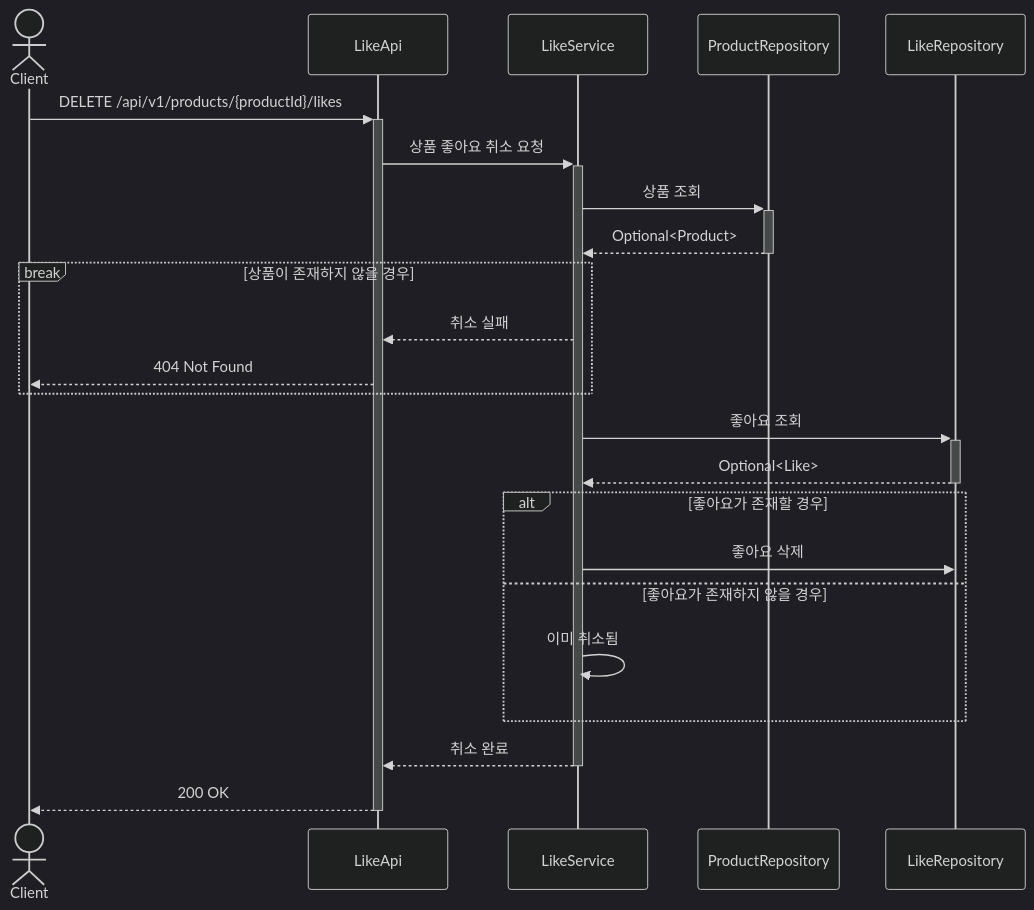
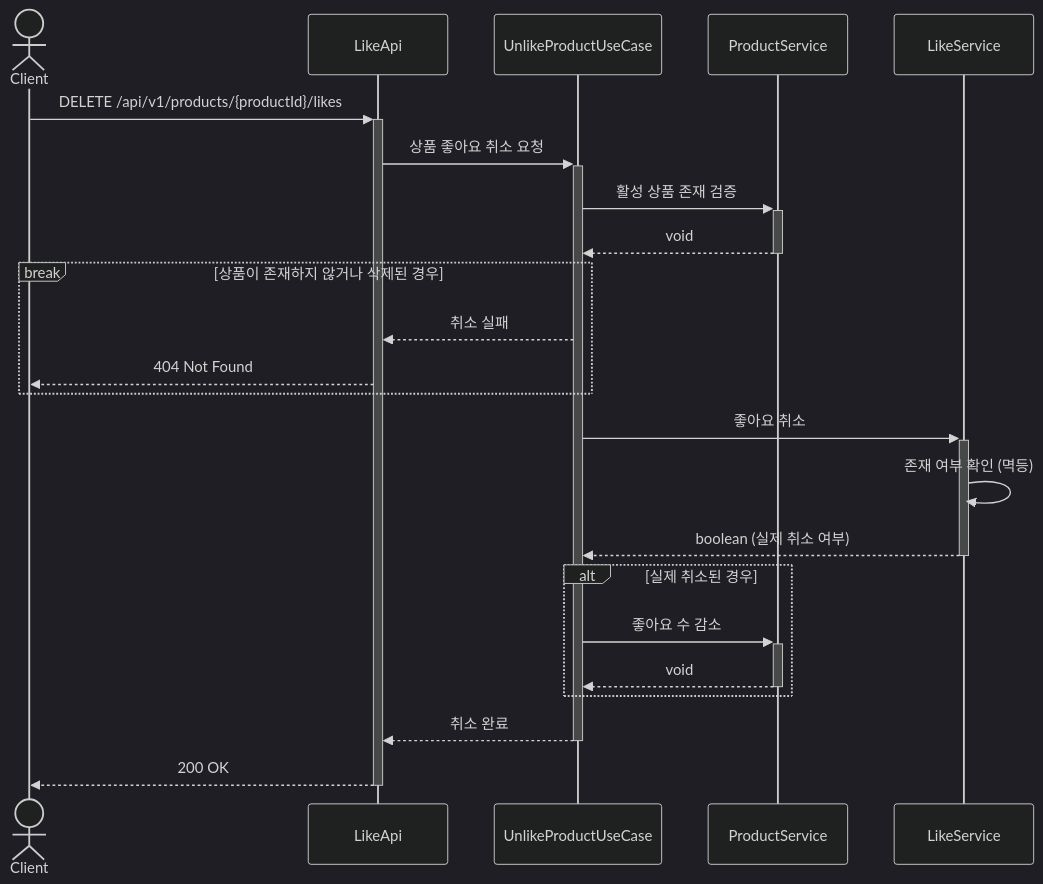
Before and after one commit to Loopers-dev-lab/loop-pack-be-l2-vol3-java: diagram 17 of 23 in .docs/design/02-sequence-diagrams.md, drawn with Mermaid (dark theme). The commit also changed other lines of this file and 88 other files, not shown here.

````diff
--- a/.docs/design/02-sequence-diagrams.md
+++ b/.docs/design/02-sequence-diagrams.md
@@ -578,31 +609,31 @@
 ```mermaid
 sequenceDiagram
     actor Client
     participant LikeApi
+    participant UnlikeProductUseCase
+    participant ProductService
     participant LikeService
-    participant ProductRepository
-    participant LikeRepository
 
     Client ->>+ LikeApi: DELETE /api/v1/products/{productId}/likes
-    LikeApi ->>+ LikeService: 상품 좋아요 취소 요청
+    LikeApi ->>+ UnlikeProductUseCase: 상품 좋아요 취소 요청
 
-    LikeService ->>+ ProductRepository: 상품 조회
-    ProductRepository -->>- LikeService: Optional<Product>
+    UnlikeProductUseCase ->>+ ProductService: 활성 상품 존재 검증
+    ProductService -->>- UnlikeProductUseCase: void
 
-    break 상품이 존재하지 않을 경우
-        LikeService -->> LikeApi: 취소 실패
+    break 상품이 존재하지 않거나 삭제된 경우
+        UnlikeProductUseCase -->> LikeApi: 취소 실패
         LikeApi -->> Client: 404 Not Found
     end
 
-    LikeService ->>+ LikeRepository: 좋아요 조회
-    LikeRepository -->>- LikeService: Optional<Like>
+    UnlikeProductUseCase ->>+ LikeService: 좋아요 취소
+    LikeService ->> LikeService: 존재 여부 확인 (멱등)
+    LikeService -->>- UnlikeProductUseCase: boolean (실제 취소 여부)
 
-    alt 좋아요가 존재할 경우
-        LikeService ->> LikeRepository: 좋아요 삭제
-    else 좋아요가 존재하지 않을 경우
-        LikeService ->> LikeService: 이미 취소됨
+    alt 실제 취소된 경우
+        UnlikeProductUseCase ->>+ ProductService: 좋아요 수 감소
+        ProductService -->>- UnlikeProductUseCase: void
     end
 
-    LikeService -->>- LikeApi: 취소 완료
+    UnlikeProductUseCase -->>- LikeApi: 취소 완료
     LikeApi -->>- Client: 200 OK
 ```
````
